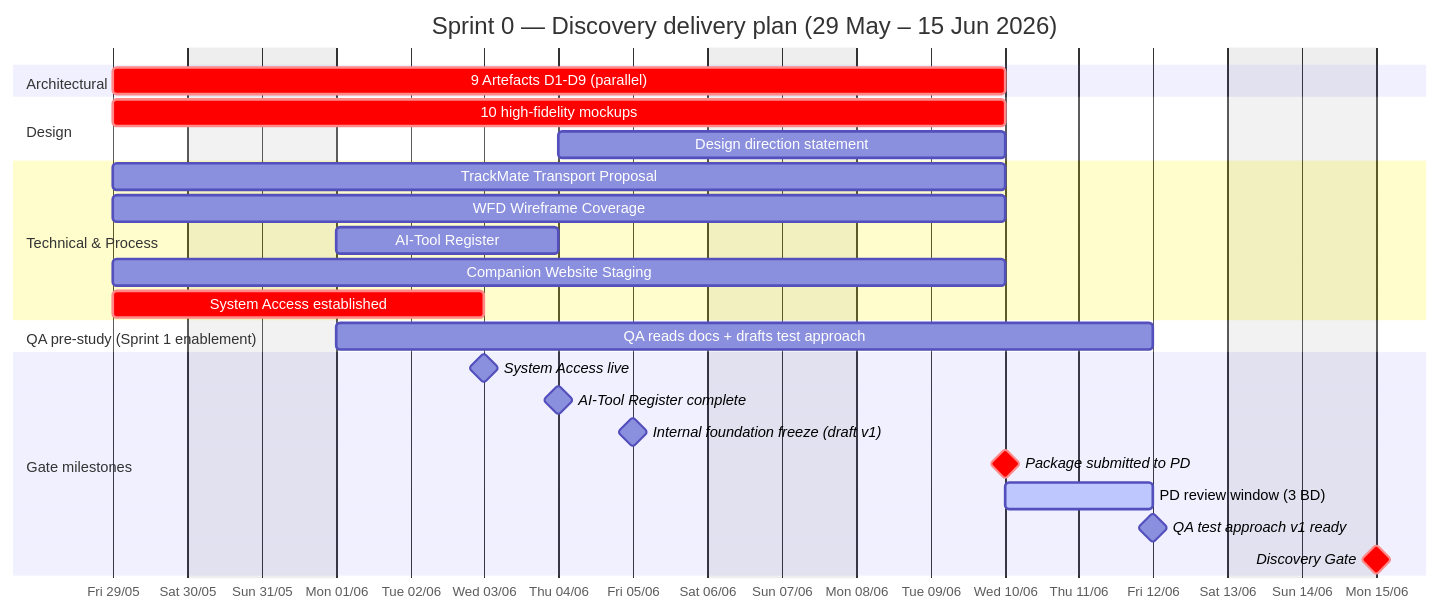
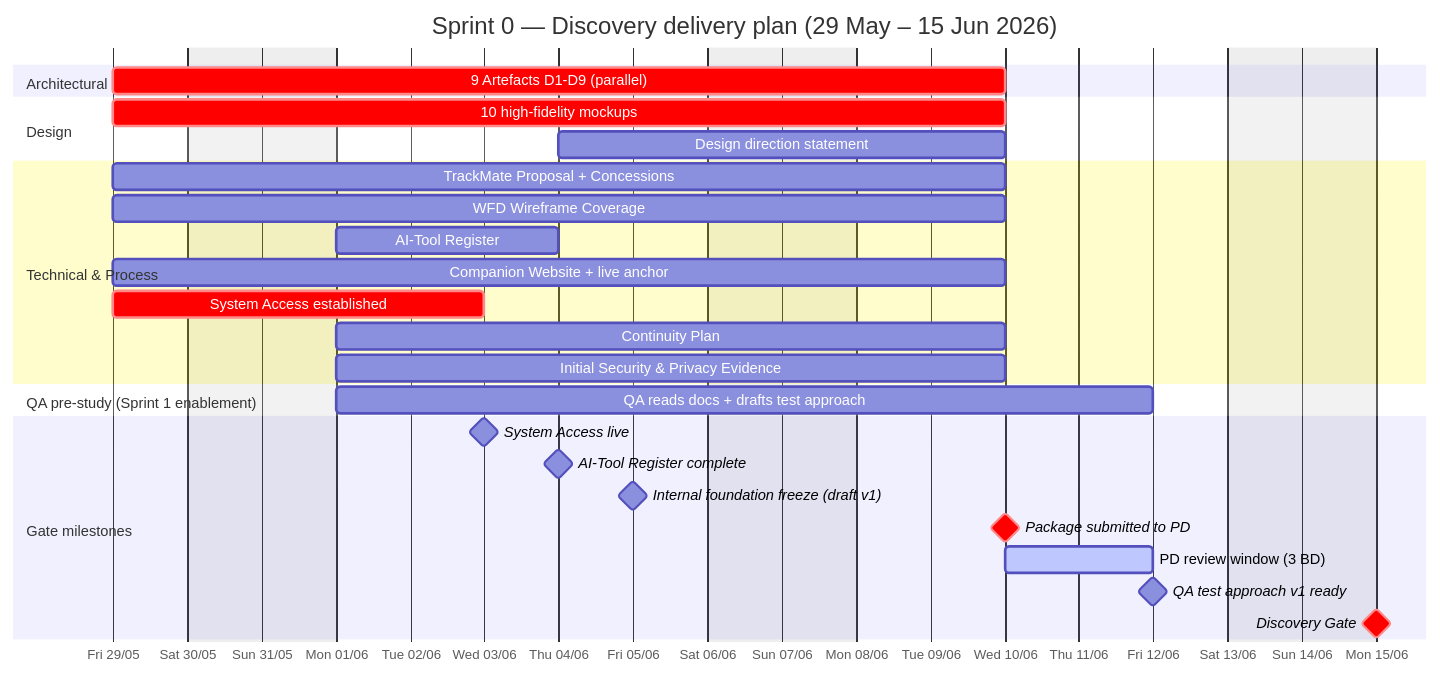
Before and after one commit to giakhanh22024558/Trackaroo-Cheat-Sheat: the diagram in confluence-export/01-about/02-planning/02-sprint-0-discovery.md, drawn with Mermaid. The commit also changed other lines of this file and 1 other file, not shown here.

````diff
--- a/confluence-export/01-about/02-planning/02-sprint-0-discovery.md
+++ b/confluence-export/01-about/02-planning/02-sprint-0-discovery.md
@@ -13,35 +13,37 @@
 ```mermaid
 gantt
     title Sprint 0 — Discovery delivery plan (29 May – 15 Jun 2026)
     dateFormat YYYY-MM-DD
     axisFormat %a %d/%m
     tickInterval 1day
     excludes weekends
     todayMarker off
 
     section Architectural
     9 Artefacts D1-D9 (parallel)          :crit, 2026-05-29, 2026-06-10
 
     section Design
     10 high-fidelity mockups               :crit, 2026-05-29, 2026-06-10
     Design direction statement             :2026-06-04, 2026-06-10
 
     section Technical & Process
-    TrackMate Transport Proposal           :2026-05-29, 2026-06-10
+    TrackMate Proposal + Concessions       :2026-05-29, 2026-06-10
     WFD Wireframe Coverage                 :2026-05-29, 2026-06-10
     AI-Tool Register                       :2026-06-01, 2026-06-04
-    Companion Website Staging              :2026-05-29, 2026-06-10
+    Companion Website + live anchor        :2026-05-29, 2026-06-10
     System Access established              :crit, 2026-05-29, 2026-06-03
+    Continuity Plan                        :2026-06-01, 2026-06-10
+    Initial Security & Privacy Evidence    :2026-06-01, 2026-06-10
 
     section QA pre-study (Sprint 1 enablement)
     QA reads docs + drafts test approach   :2026-06-01, 2026-06-12
 
     section Gate milestones
     System Access live                     :milestone, 2026-06-03, 0d
     AI-Tool Register complete              :milestone, 2026-06-04, 0d
     Internal foundation freeze (draft v1)  :milestone, 2026-06-05, 0d
     Package submitted to PD                :milestone, crit, 2026-06-10, 0d
     PD review window (3 BD)                :active, 2026-06-10, 2026-06-12
     QA test approach v1 ready              :milestone, 2026-06-12, 0d
     Discovery Gate                         :milestone, crit, 2026-06-15, 0d
 ```
````
